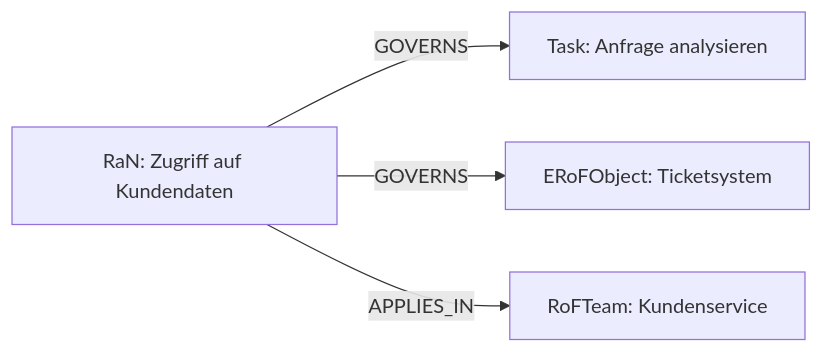
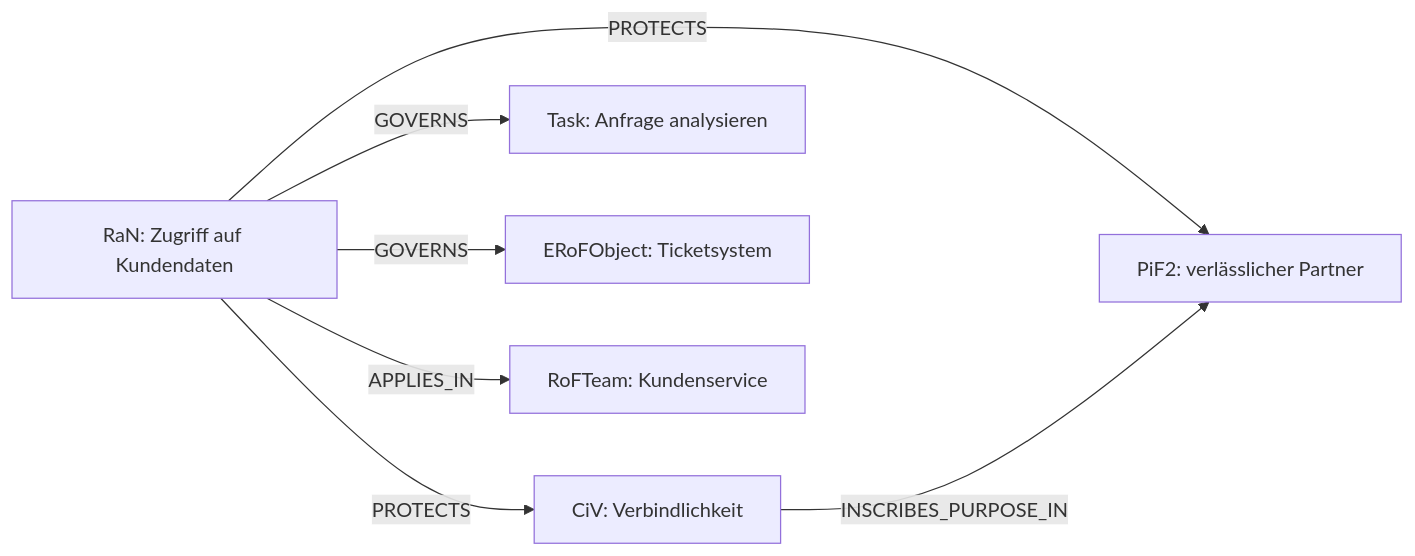
The seventh of 12 diagrams in docs/guides/JCI_EXAMPLE.md (eeimicke/junaco-jci-loop), drawn with Mermaid before and after one commit. The commit also changed other lines of this file and 43 other files, not shown here.

````diff
--- a/docs/guides/JCI_EXAMPLE.md
+++ b/docs/guides/JCI_EXAMPLE.md
@@ -198,7 +201,10 @@
 ```mermaid
 flowchart LR
     Rule[RaN: Zugriff auf Kundendaten]
+    Rule -->|PROTECTS| Value[CiV: Verbindlichkeit]
+    Rule -->|PROTECTS| Future[PiF2: verlässlicher Partner]
+    Value -->|INSCRIBES_PURPOSE_IN| Future
     Rule -->|GOVERNS| Task[Task: Anfrage analysieren]
     Rule -->|GOVERNS| Object[ERoFObject: Ticketsystem]
     Rule -->|APPLIES_IN| Team[RoFTeam: Kundenservice]
 ```
````
